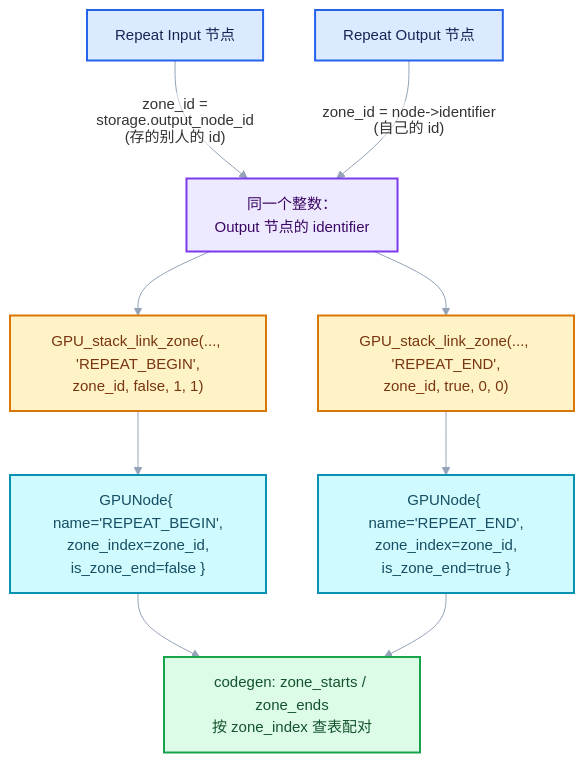
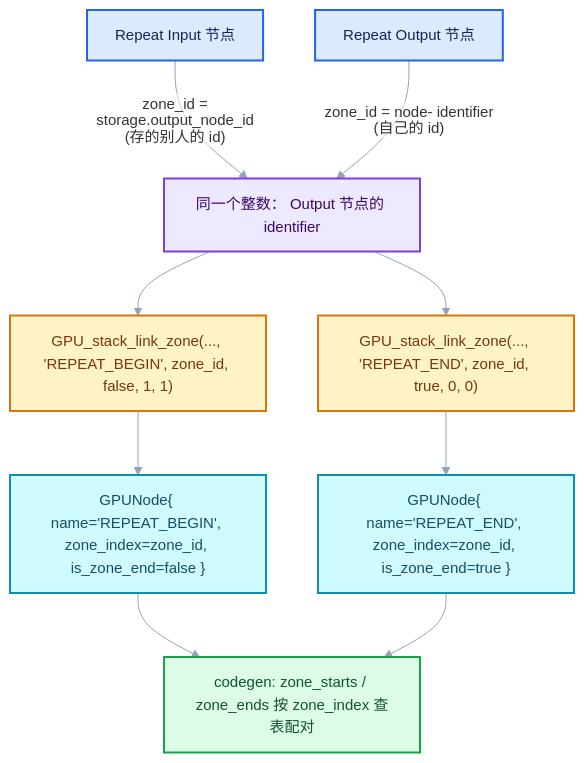
The second of 4 diagrams in 杂/markdown/重复区域-dsh/05-跨后端实现/02-GPU着色器与GPU_stack_link_zone.md (yunkezengren/blender-.vscode), drawn with Mermaid before and after one commit. The commit also changed other lines of this file and 27 other files, not shown here.

````diff
--- a/杂/markdown/重复区域-dsh/05-跨后端实现/02-GPU着色器与GPU_stack_link_zone.md
+++ b/杂/markdown/重复区域-dsh/05-跨后端实现/02-GPU着色器与GPU_stack_link_zone.md
@@ -259,25 +254,25 @@
 ```mermaid
 %%{init: {"theme":"base","themeVariables":{"fontFamily":"\"Segoe UI\",\"Microsoft YaHei\",sans-serif","fontSize":"15px","lineColor":"#94A3B8","edgeLabelBackground":"#FFFFFF","clusterBkg":"#F8FAFC","clusterBorder":"#CBD5E1"},"flowchart":{"htmlLabels":false,"curve":"basis","nodeSpacing":52,"rankSpacing":64,"padding":14,"diagramPadding":16,"useMaxWidth":true},"sequence":{"useMaxWidth":true,"wrap":true,"mirrorActors":false,"messageMargin":36}}}%%
 flowchart TD
     IN["Repeat Input 节点"]:::input
     OUT["Repeat Output 节点"]:::input
 
-    IN -->|"zone_id = storage.output_node_id<br/>(存的别人的 id)"| PAIR["同一个整数：<br/>Output 节点的 identifier"]:::abstraction
-    OUT -->|"zone_id = node->identifier<br/>(自己的 id)"| PAIR
+    IN -->|"zone_id = storage.output_node_id (存的别人的 id)"| PAIR["同一个整数： Output 节点的 identifier"]:::abstraction
+    OUT -->|"zone_id = node->identifier (自己的 id)"| PAIR
 
-    PAIR --> CALL_IN["GPU_stack_link_zone(..., 'REPEAT_BEGIN',<br/>zone_id, false, 1, 1)"]:::compute
-    PAIR --> CALL_OUT["GPU_stack_link_zone(..., 'REPEAT_END',<br/>zone_id, true, 0, 0)"]:::compute
+    PAIR --> CALL_IN["GPU_stack_link_zone(..., 'REPEAT_BEGIN', zone_id, false, 1, 1)"]:::compute
+    PAIR --> CALL_OUT["GPU_stack_link_zone(..., 'REPEAT_END', zone_id, true, 0, 0)"]:::compute
 
-    CALL_IN --> NODE_IN["GPUNode{ name='REPEAT_BEGIN',<br/>zone_index=zone_id,<br/>is_zone_end=false }"]:::data
-    CALL_OUT --> NODE_OUT["GPUNode{ name='REPEAT_END',<br/>zone_index=zone_id,<br/>is_zone_end=true }"]:::data
+    CALL_IN --> NODE_IN["GPUNode{ name='REPEAT_BEGIN', zone_index=zone_id, is_zone_end=false }"]:::data
+    CALL_OUT --> NODE_OUT["GPUNode{ name='REPEAT_END', zone_index=zone_id, is_zone_end=true }"]:::data
 
-    NODE_IN --> MATCH["codegen: zone_starts / zone_ends<br/>按 zone_index 查表配对"]:::result
+    NODE_IN --> MATCH["codegen: zone_starts / zone_ends 按 zone_index 查表配对"]:::result
     NODE_OUT --> MATCH
 
     classDef input fill:#DBEAFE,stroke:#2563EB,color:#172554,stroke-width:2px;
     classDef data fill:#CFFAFE,stroke:#0891B2,color:#164E63,stroke-width:2px;
     classDef abstraction fill:#EDE9FE,stroke:#7C3AED,color:#3B0764,stroke-width:2px;
     classDef compute fill:#FEF3C7,stroke:#D97706,color:#78350F,stroke-width:2px;
     classDef result fill:#DCFCE7,stroke:#16A34A,color:#14532D,stroke-width:2px;
     classDef error fill:#FEE2E2,stroke:#DC2626,color:#7F1D1D,stroke-width:2px;
 ```
````
